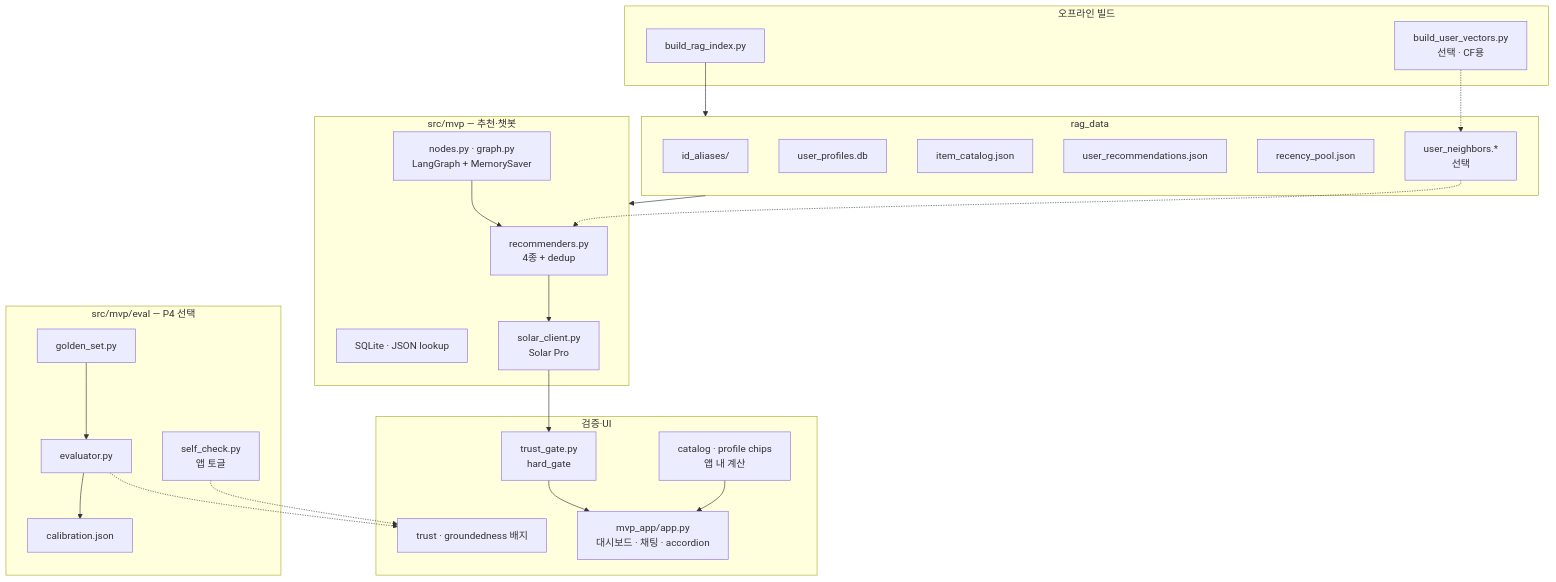
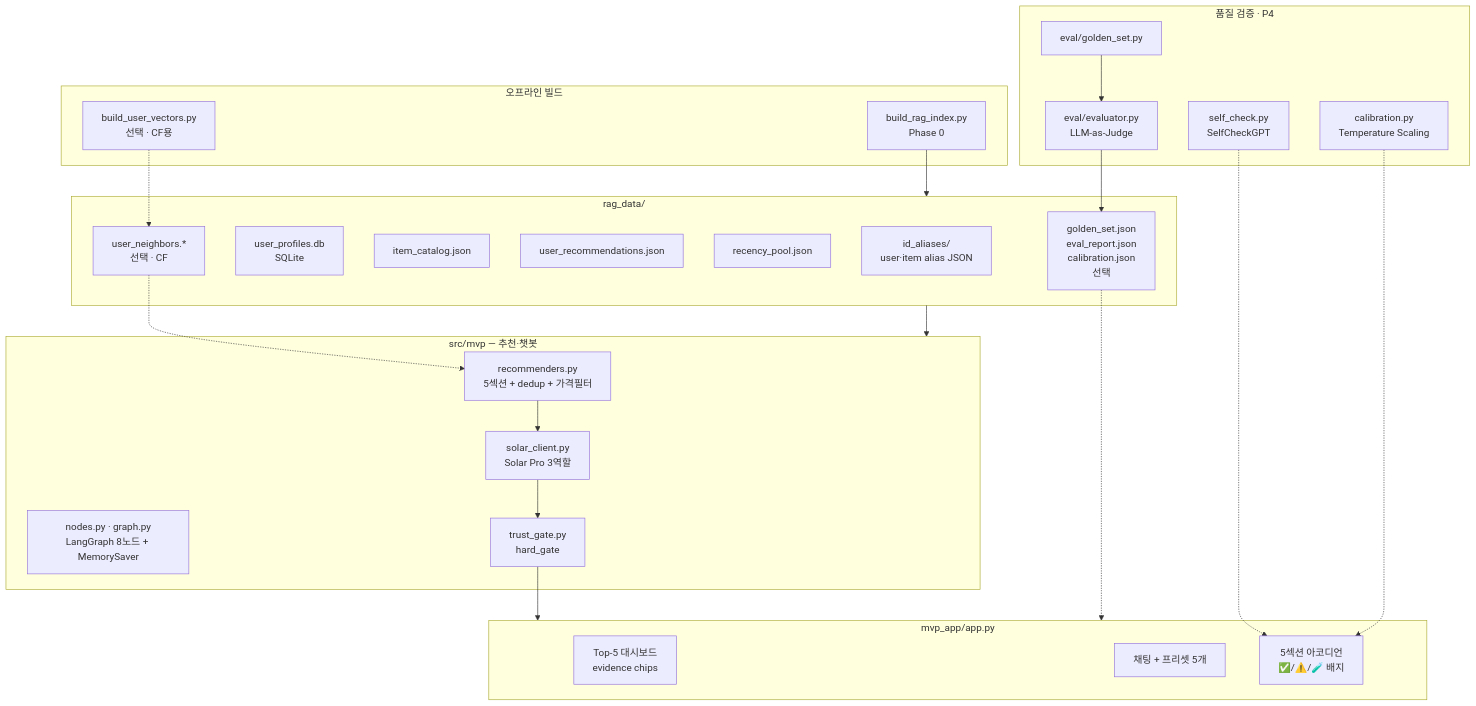
One commit to WanYoung-Oh/recsys changed the first of 2 diagrams in README_MVP.md. Above: the diagram before and after it, drawn with Mermaid. The commit also changed other lines of this file and 1 other file, not shown here.

````diff
--- a/README_MVP.md
+++ b/README_MVP.md
@@ -30,47 +26,47 @@
 ```mermaid
 flowchart TB
   subgraph offline [오프라인 빌드]
-    bri[build_rag_index.py]
-    buv[build_user_vectors.py\n선택 · CF용]
+    bri["build_rag_index.py<br/>Phase 0"]
+    buv["build_user_vectors.py<br/>선택 · CF용"]
   end
 
-  subgraph rag_data [rag_data]
-    alias[id_aliases/]
-    db[user_profiles.db]
+  subgraph rag_data [rag_data/]
+    alias["id_aliases/<br/>user·item alias JSON"]
+    db["user_profiles.db<br/>SQLite"]
     cat[item_catalog.json]
     recs[user_recommendations.json]
     pool[recency_pool.json]
-    faiss[user_neighbors.*\n선택]
+    faiss["user_neighbors.*<br/>선택 · CF"]
+    eval_files["golden_set.json<br/>eval_report.json<br/>calibration.json<br/>선택"]
   end
 
-  subgraph core [src/mvp — 추천·챗봇]
-    rec[recommenders.py\n4종 + dedup]
-    lg[nodes.py · graph.py\nLangGraph + MemorySaver]
-    rag[SQLite · JSON lookup]
-    solar[solar_client.py\nSolar Pro]
+  subgraph core ["src/mvp — 추천·챗봇"]
+    rec["recommenders.py<br/>5섹션 + dedup + 가격필터"]
+    lg["nodes.py · graph.py<br/>LangGraph 8노드 + MemorySaver"]
+    solar["solar_client.py<br/>Solar Pro 3역할"]
+    trust["trust_gate.py<br/>hard_gate"]
   end
 
-  subgraph gate_ui [검증·UI]
-    gate[trust_gate.py\nhard_gate]
-    ui[mvp_app/app.py\n대시보드 · 채팅 · accordion]
-    chips[catalog · profile chips\n앱 내 계산]
-    badge[trust · groundedness 배지]
+  subgraph quality [품질 검증 · P4]
+    sc["self_check.py<br/>SelfCheckGPT"]
+    cal["calibration.py<br/>Temperature Scaling"]
+    gs[eval/golden_set.py]
+    ev["eval/evaluator.py<br/>LLM-as-Judge"]
   end
 
-  subgraph eval_p4 [src/mvp/eval — P4 선택]
-    gs[golden_set.py]
-    ev[evaluator.py]
-    sc[self_check.py\n앱 토글]
-    cal[calibration.json]
+  subgraph ui [mvp_app/app.py]
+    dash["Top-5 대시보드<br/>evidence chips"]
+    chat["채팅 + 프리셋 5개"]
+    acc["5섹션 아코디언<br/>✅/⚠️/🧪 배지"]
   end
 
   bri --> rag_data
   buv -.-> faiss
   rag_data --> core
   faiss -.-> rec
-  lg --> rec --> solar --> gate --> ui
-  chips --> ui
-  sc -.-> badge
-  gs --> ev --> cal
-  ev -.-> badge
+  rec --> solar --> trust --> ui
+  sc -.-> acc
+  cal -.-> acc
+  gs --> ev --> eval_files
+  eval_files -.-> ui
 ```
````
